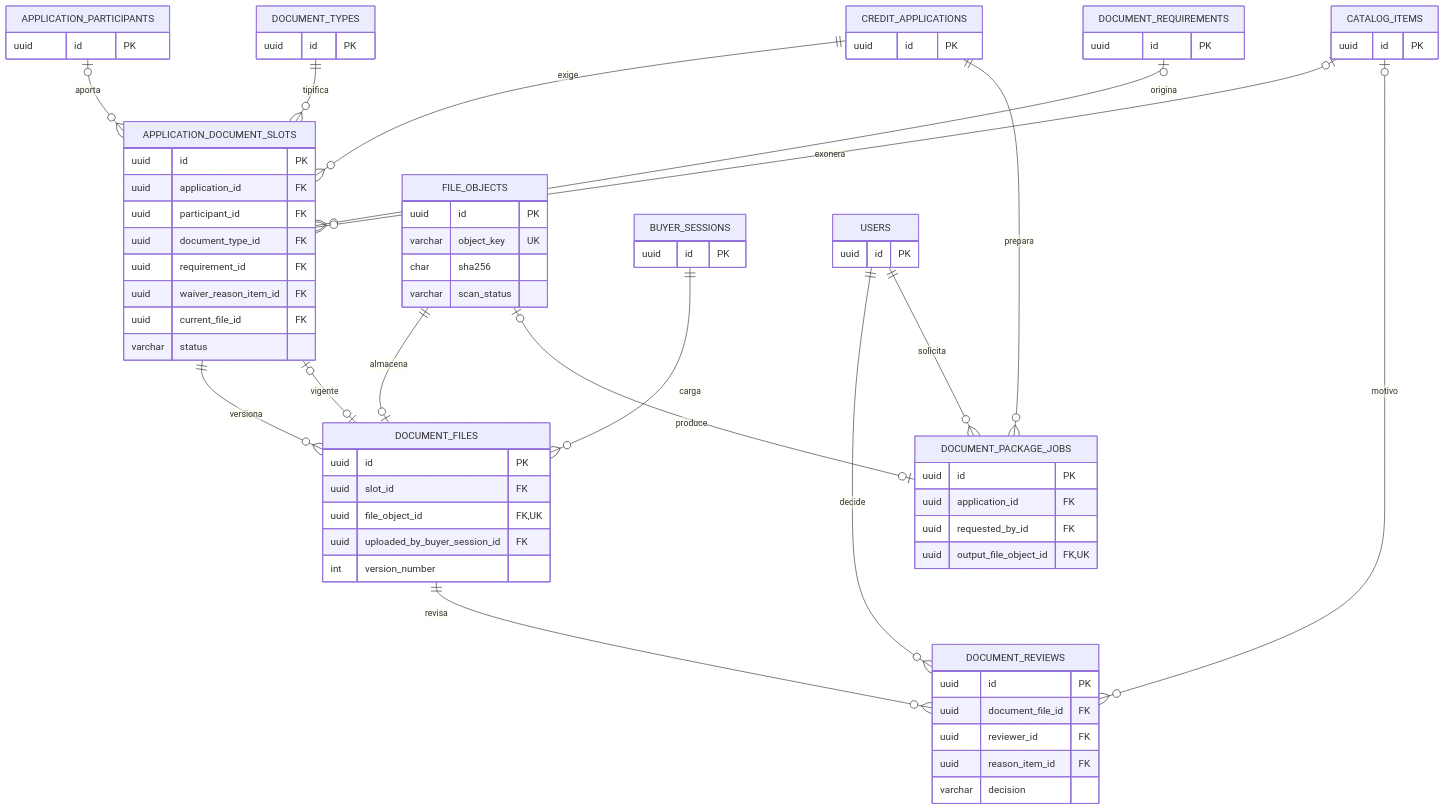
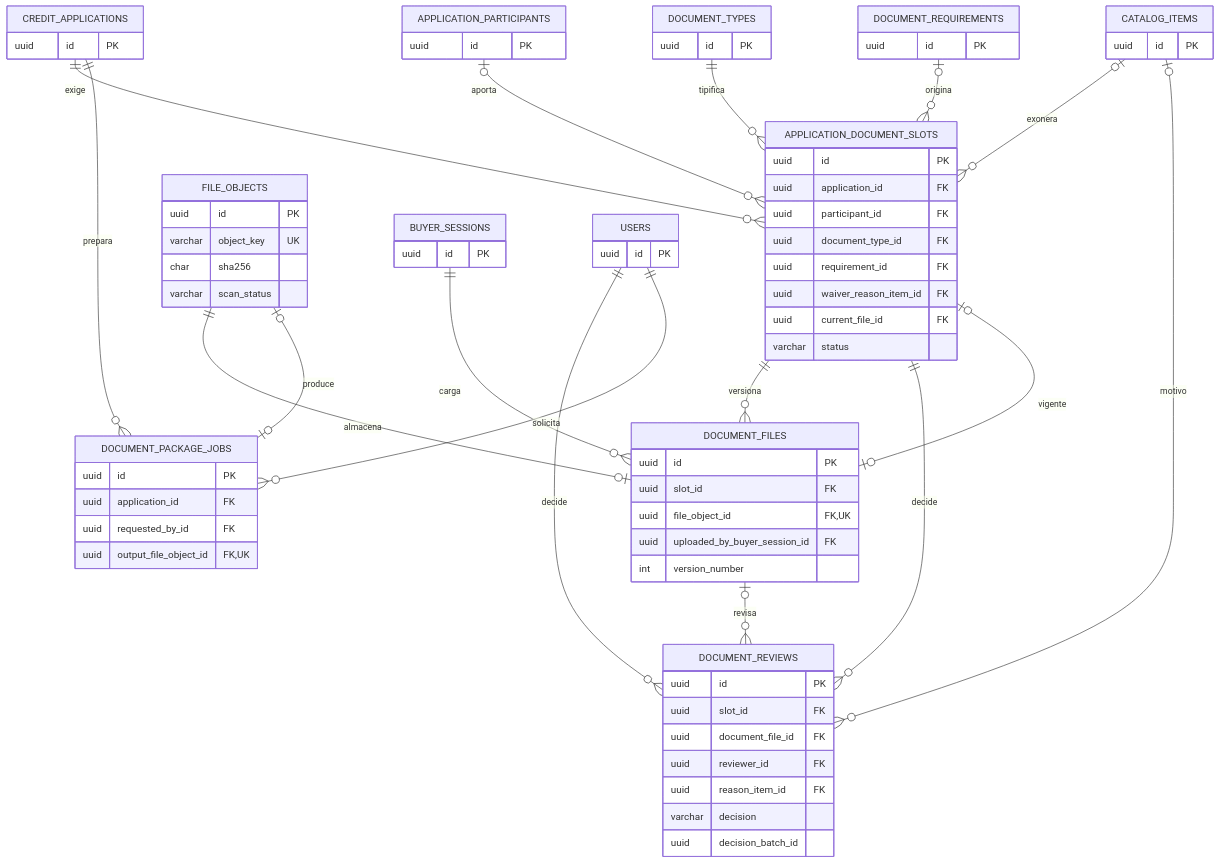
Before and after one commit to CarlosDev88/real-estate-credit-backoffice: the seventh of 9 diagrams in docs/DER_COMPLETO_MVP_CREDITO.md, drawn with Mermaid. The commit also changed other lines of this file and 86 other files, not shown here.

````diff
--- a/docs/DER_COMPLETO_MVP_CREDITO.md
+++ b/docs/DER_COMPLETO_MVP_CREDITO.md
@@ -480,76 +480,79 @@
 ```mermaid
 erDiagram
     CREDIT_APPLICATIONS ||--o{ APPLICATION_DOCUMENT_SLOTS : exige
     APPLICATION_PARTICIPANTS o|--o{ APPLICATION_DOCUMENT_SLOTS : aporta
     DOCUMENT_TYPES ||--o{ APPLICATION_DOCUMENT_SLOTS : tipifica
     DOCUMENT_REQUIREMENTS o|--o{ APPLICATION_DOCUMENT_SLOTS : origina
     CATALOG_ITEMS o|--o{ APPLICATION_DOCUMENT_SLOTS : exonera
     APPLICATION_DOCUMENT_SLOTS ||--o{ DOCUMENT_FILES : versiona
     FILE_OBJECTS ||--o| DOCUMENT_FILES : almacena
     BUYER_SESSIONS ||--o{ DOCUMENT_FILES : carga
     DOCUMENT_FILES o|--o| APPLICATION_DOCUMENT_SLOTS : vigente
-    DOCUMENT_FILES ||--o{ DOCUMENT_REVIEWS : revisa
+    APPLICATION_DOCUMENT_SLOTS ||--o{ DOCUMENT_REVIEWS : decide
+    DOCUMENT_FILES o|--o{ DOCUMENT_REVIEWS : revisa
     USERS ||--o{ DOCUMENT_REVIEWS : decide
     CATALOG_ITEMS o|--o{ DOCUMENT_REVIEWS : motivo
     CREDIT_APPLICATIONS ||--o{ DOCUMENT_PACKAGE_JOBS : prepara
     USERS ||--o{ DOCUMENT_PACKAGE_JOBS : solicita
     FILE_OBJECTS o|--o| DOCUMENT_PACKAGE_JOBS : produce
 
     APPLICATION_DOCUMENT_SLOTS {
         uuid id PK
         uuid application_id FK
         uuid participant_id FK
         uuid document_type_id FK
         uuid requirement_id FK
         uuid waiver_reason_item_id FK
         uuid current_file_id FK
         varchar status
     }
     DOCUMENT_FILES {
         uuid id PK
         uuid slot_id FK
         uuid file_object_id FK, UK
         uuid uploaded_by_buyer_session_id FK
         int version_number
     }
     DOCUMENT_REVIEWS {
         uuid id PK
+        uuid slot_id FK
         uuid document_file_id FK
         uuid reviewer_id FK
         uuid reason_item_id FK
         varchar decision
+        uuid decision_batch_id
     }
     FILE_OBJECTS {
         uuid id PK
         varchar object_key UK
         char sha256
         varchar scan_status
     }
     DOCUMENT_PACKAGE_JOBS {
         uuid id PK
         uuid application_id FK
         uuid requested_by_id FK
         uuid output_file_object_id FK, UK
     }
     CREDIT_APPLICATIONS {
         uuid id PK
     }
     APPLICATION_PARTICIPANTS {
         uuid id PK
     }
     DOCUMENT_TYPES {
         uuid id PK
     }
     DOCUMENT_REQUIREMENTS {
         uuid id PK
     }
     BUYER_SESSIONS {
         uuid id PK
     }
     USERS {
         uuid id PK
     }
     CATALOG_ITEMS {
         uuid id PK
     }
 ```
````
